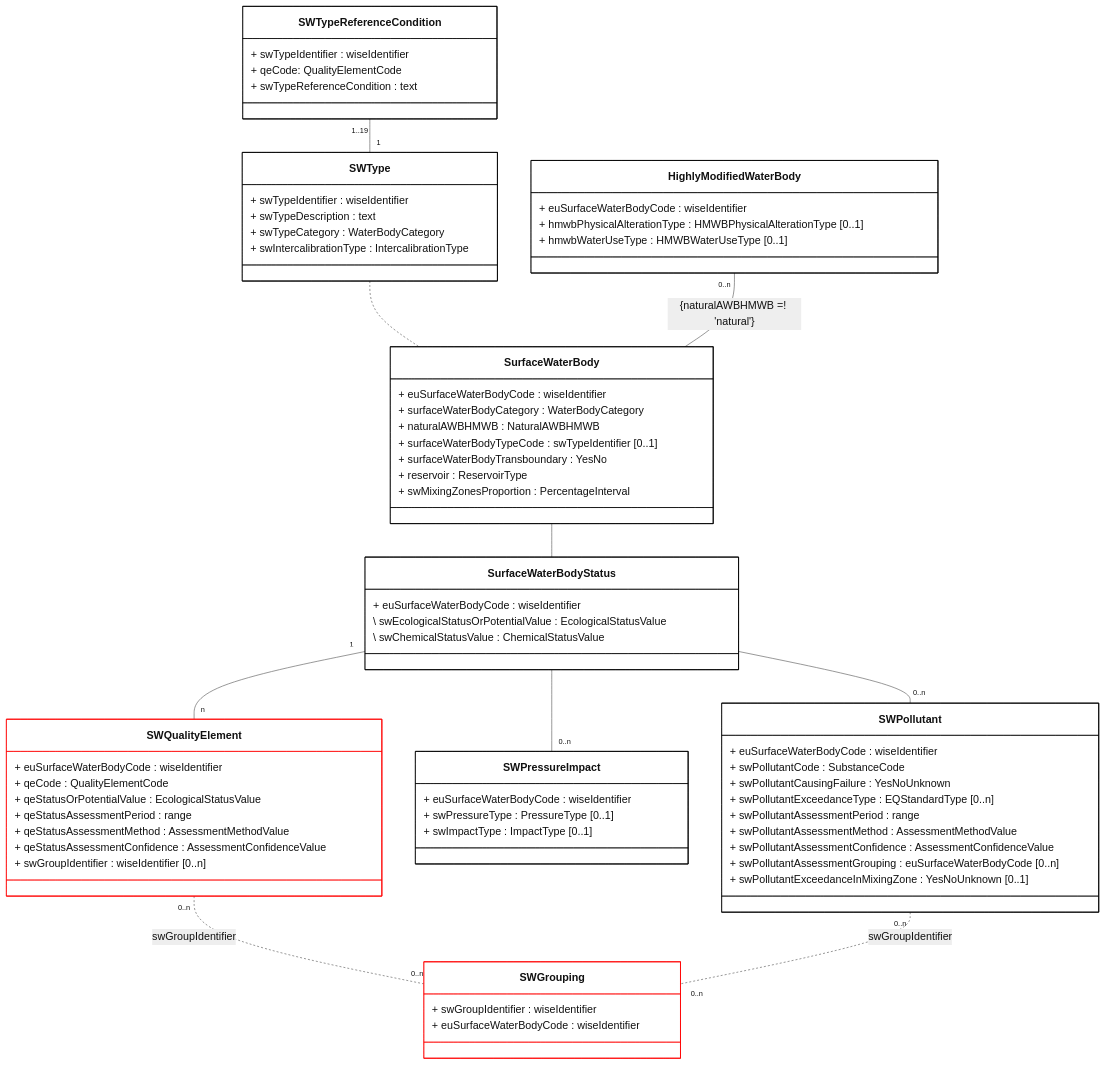
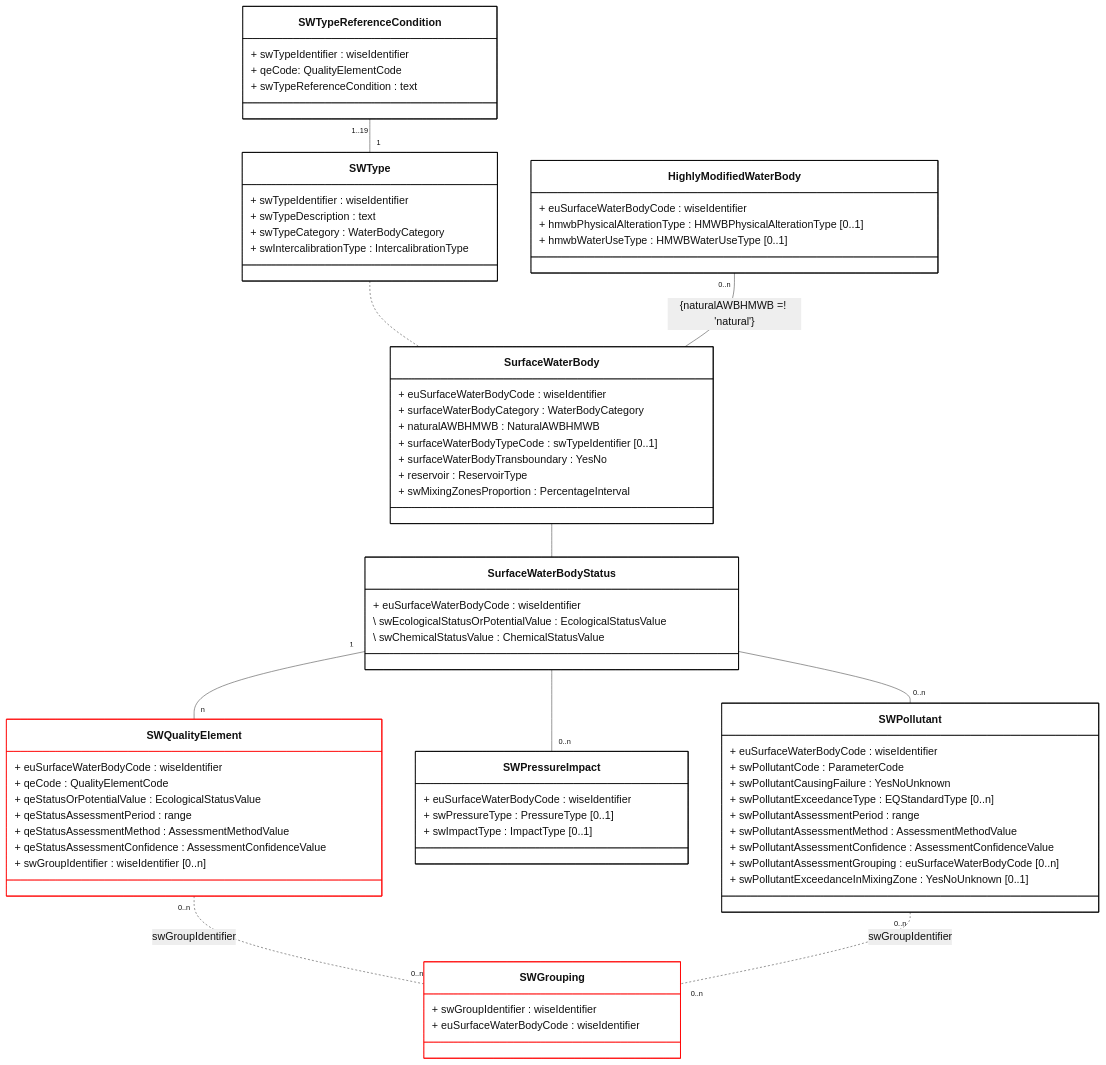
The diagram in docs/DataModelReview/mmd/SurfaceWater_DescriptiveData_4thCycle_ClassDiagram.mmd (eeadata/WISE.WFD.Documentation), drawn with Mermaid before and after one commit. The commit also changed 7 other files, not shown here.

Commit message:
Ongoing work in the Groundwater schema

```diff
--- a/docs/DataModelReview/mmd/SurfaceWater_DescriptiveData_4thCycle_ClassDiagram.mmd
+++ b/docs/DataModelReview/mmd/SurfaceWater_DescriptiveData_4thCycle_ClassDiagram.mmd
@@ -1,90 +1,90 @@
 ---
 config:
   class:
     hideEmptyMembersBox: true
   layout: dagre
   theme: neutral
 ---
 classDiagram
 direction TB
 
 class SurfaceWaterBody {
     + euSurfaceWaterBodyCode : wiseIdentifier
     + surfaceWaterBodyCategory : WaterBodyCategory
     + naturalAWBHMWB : NaturalAWBHMWB
     + surfaceWaterBodyTypeCode : swTypeIdentifier [0..1]
     + surfaceWaterBodyTransboundary : YesNo
     + reservoir : ReservoirType
     + swMixingZonesProportion : PercentageInterval
 }
 
 class SWType {
     + swTypeIdentifier : wiseIdentifier
     + swTypeDescription : text
     + swTypeCategory : WaterBodyCategory
     + swIntercalibrationType : IntercalibrationType
 }
 
 class SWTypeReferenceCondition {
     + swTypeIdentifier : wiseIdentifier
     + qeCode: QualityElementCode
     + swTypeReferenceCondition : text
 }
 
 class SurfaceWaterBodyStatus {
     + euSurfaceWaterBodyCode : wiseIdentifier
     \ swEcologicalStatusOrPotentialValue : EcologicalStatusValue
     \ swChemicalStatusValue : ChemicalStatusValue
 }
 
 class SWPollutant {
     + euSurfaceWaterBodyCode : wiseIdentifier
-    + swPollutantCode : SubstanceCode
+    + swPollutantCode : ParameterCode
     + swPollutantCausingFailure : YesNoUnknown
     + swPollutantExceedanceType : EQStandardType [0..n]
     + swPollutantAssessmentPeriod : range
     + swPollutantAssessmentMethod : AssessmentMethodValue
     + swPollutantAssessmentConfidence : AssessmentConfidenceValue
     + swPollutantAssessmentGrouping : euSurfaceWaterBodyCode [0..n]
     + swPollutantExceedanceInMixingZone : YesNoUnknown [0..1]
 }
 
 class SWPressureImpact {
     + euSurfaceWaterBodyCode : wiseIdentifier
     + swPressureType : PressureType [0..1]
     + swImpactType : ImpactType  [0..1]
 }
 
 class HighlyModifiedWaterBody {
     + euSurfaceWaterBodyCode : wiseIdentifier
     + hmwbPhysicalAlterationType : HMWBPhysicalAlterationType [0..1]
     + hmwbWaterUseType : HMWBWaterUseType [0..1]
 }
 
 class SWQualityElement:::forFixing{
     + euSurfaceWaterBodyCode : wiseIdentifier
     + qeCode : QualityElementCode
     + qeStatusOrPotentialValue : EcologicalStatusValue
     + qeStatusAssessmentPeriod : range
     + qeStatusAssessmentMethod : AssessmentMethodValue
     + qeStatusAssessmentConfidence : AssessmentConfidenceValue
     + swGroupIdentifier : wiseIdentifier [0..n]
 }
 class SWGrouping:::forFixing{
     + swGroupIdentifier : wiseIdentifier
     + euSurfaceWaterBodyCode : wiseIdentifier
 }
 
 SWTypeReferenceCondition "1..19" -- "1" SWType
 SWType .. SurfaceWaterBody
 HighlyModifiedWaterBody "0..n" -- SurfaceWaterBody : {naturalAWBHMWB =! 'natural'}
 SurfaceWaterBody -- SurfaceWaterBodyStatus
 SurfaceWaterBodyStatus "1" -- "n" SWQualityElement
 SurfaceWaterBodyStatus -- "0..n" SWPressureImpact
 SurfaceWaterBodyStatus -- "0..n" SWPollutant
 
 SWQualityElement "0..n" .. "0..n" SWGrouping : swGroupIdentifier
 SWPollutant "0..n" .. "0..n" SWGrouping : swGroupIdentifier
 
 classDef default fill:white,stroke:#000;
 classDef forFixing fill:white,stroke:#f00;
```
